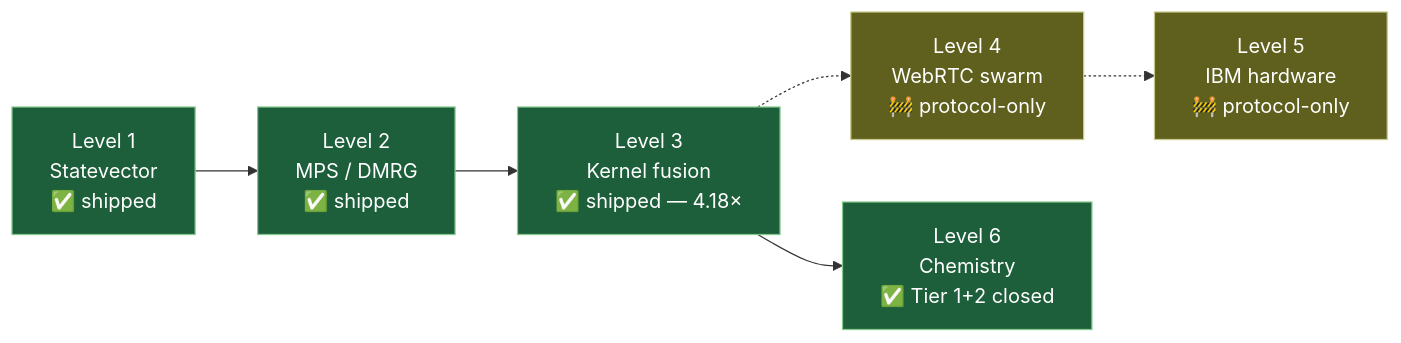
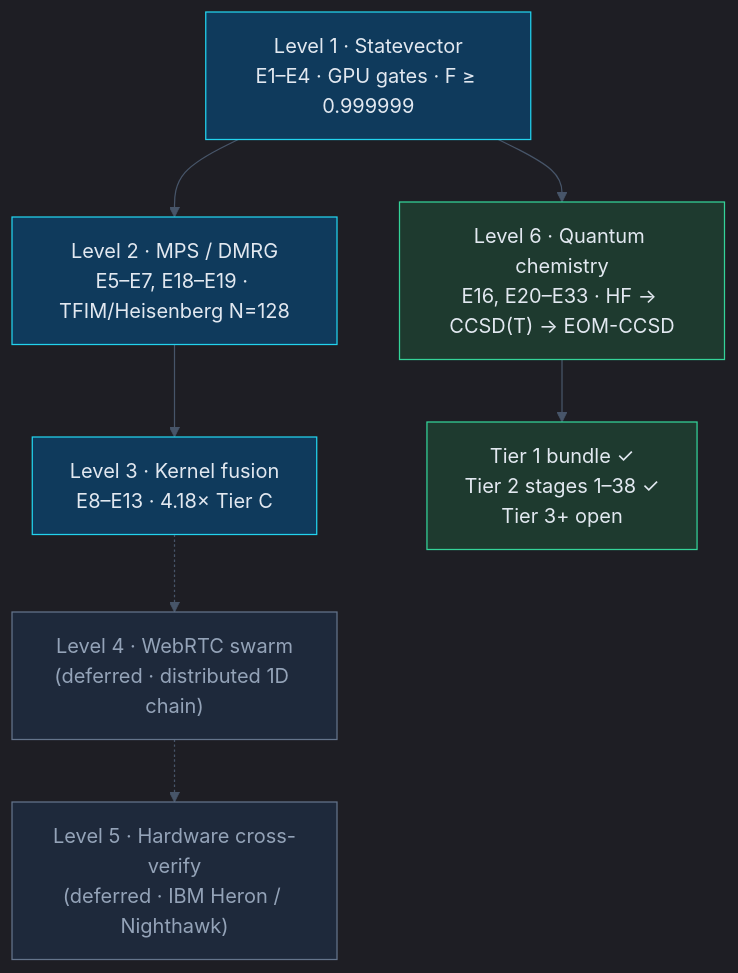
The second of 2 diagrams in README.md (abgnydn/webgpu-q), drawn with Mermaid before and after one commit. The commit also changed other lines of this file and 1 other file, not shown here.

First line of the commit message:
docs(readme): designer-tier redesign — custom SVG hero, magazine layout, comparison matrix

````diff
--- a/README.md
+++ b/README.md
@@ -180,20 +248,23 @@
 ```mermaid
-graph LR
-    L1[Level 1<br/>Statevector<br/>✅ shipped]
-    L2[Level 2<br/>MPS / DMRG<br/>✅ shipped]
-    L3[Level 3<br/>Kernel fusion<br/>✅ shipped — 4.18×]
-    L4[Level 4<br/>WebRTC swarm<br/>🚧 protocol-only]
-    L5[Level 5<br/>IBM hardware<br/>🚧 protocol-only]
-    L6[Level 6<br/>Chemistry<br/>✅ Tier 1+2 closed]
+%%{init: {'theme':'dark', 'themeVariables': {'primaryColor':'#1e293b','primaryTextColor':'#e2e8f0','lineColor':'#475569','fontFamily':'ui-monospace, monospace'}}}%%
+graph TD
+    L1["Level 1 · Statevector<br/>E1–E4 · GPU gates · F ≥ 0.999999"]
+    L2["Level 2 · MPS / DMRG<br/>E5–E7, E18–E19 · TFIM/Heisenberg N=128"]
+    L3["Level 3 · Kernel fusion<br/>E8–E13 · 4.18× Tier C"]
+    L4["Level 4 · WebRTC swarm<br/>(deferred · distributed 1D chain)"]
+    L5["Level 5 · Hardware cross-verify<br/>(deferred · IBM Heron / Nighthawk)"]
+    L6["Level 6 · Quantum chemistry<br/>E16, E20–E33 · HF → CCSD(T) → EOM-CCSD"]
 
-    L1 --> L2 --> L3 --> L6
-    L3 -.-> L4
-    L4 -.-> L5
+    L1 --> L2 --> L3
+    L3 -.-> L4 -.-> L5
+    L1 --> L6
+    L6 --> L6X[Tier 1 bundle ✓<br/>Tier 2 stages 1–38 ✓<br/>Tier 3+ open]
 
-    style L1 fill:#1e5f3b,stroke:#82c98b,color:#fff
-    style L2 fill:#1e5f3b,stroke:#82c98b,color:#fff
-    style L3 fill:#1e5f3b,stroke:#82c98b,color:#fff
-    style L4 fill:#5f5f1e,stroke:#c9c98b,color:#fff
-    style L5 fill:#5f5f1e,stroke:#c9c98b,color:#fff
-    style L6 fill:#1e5f3b,stroke:#82c98b,color:#fff
+    style L1 fill:#0f3a5c,stroke:#22d3ee,color:#e2e8f0
+    style L2 fill:#0f3a5c,stroke:#22d3ee,color:#e2e8f0
+    style L3 fill:#0f3a5c,stroke:#22d3ee,color:#e2e8f0
+    style L4 fill:#1e293b,stroke:#64748b,color:#94a3b8
+    style L5 fill:#1e293b,stroke:#64748b,color:#94a3b8
+    style L6 fill:#1e3a2f,stroke:#34d399,color:#e2e8f0
+    style L6X fill:#1e3a2f,stroke:#34d399,color:#e2e8f0
 ```
````
